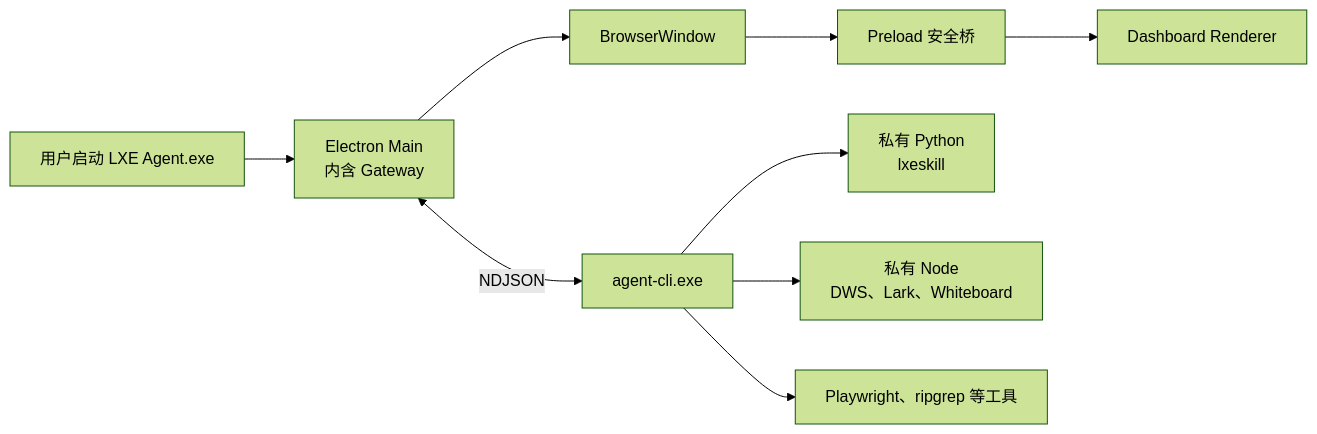
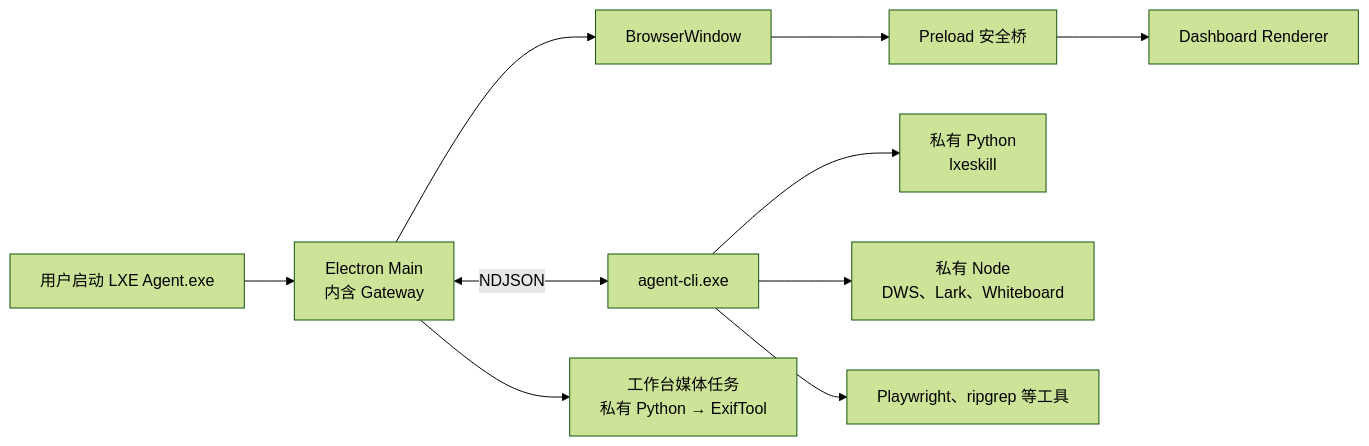
The second of 2 diagrams in docs/desktop/packaging-pipeline.md (LXE123/LXE_AGENT), drawn with Mermaid (forest theme) before and after one commit. The commit also changed other lines of this file and 36 other files, not shown here.

````diff
--- a/docs/desktop/packaging-pipeline.md
+++ b/docs/desktop/packaging-pipeline.md
@@ -348,11 +353,12 @@
 ```mermaid
 flowchart LR
     USER["用户启动 LXE Agent.exe"] --> MAIN["Electron Main<br/>内含 Gateway"]
     MAIN --> WINDOW["BrowserWindow"]
     WINDOW --> PRELOAD["Preload 安全桥"]
     PRELOAD --> UI["Dashboard Renderer"]
     MAIN <-->|"NDJSON"| AGENT["agent-cli.exe"]
     AGENT --> PY["私有 Python<br/>lxeskill"]
     AGENT --> NODE["私有 Node<br/>DWS、Lark、Whiteboard"]
     AGENT --> TOOLS["Playwright、ripgrep 等工具"]
+    MAIN --> MEDIA["工作台媒体任务<br/>私有 Python → ExifTool"]
 ```
````
